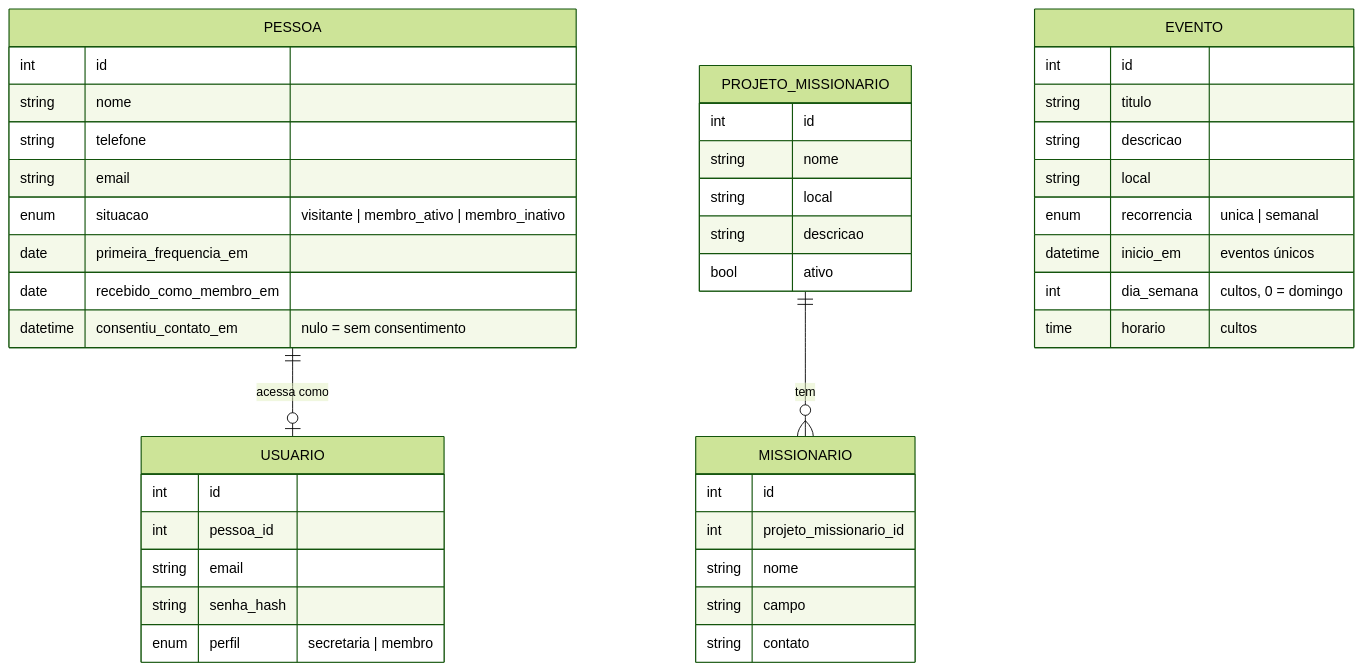
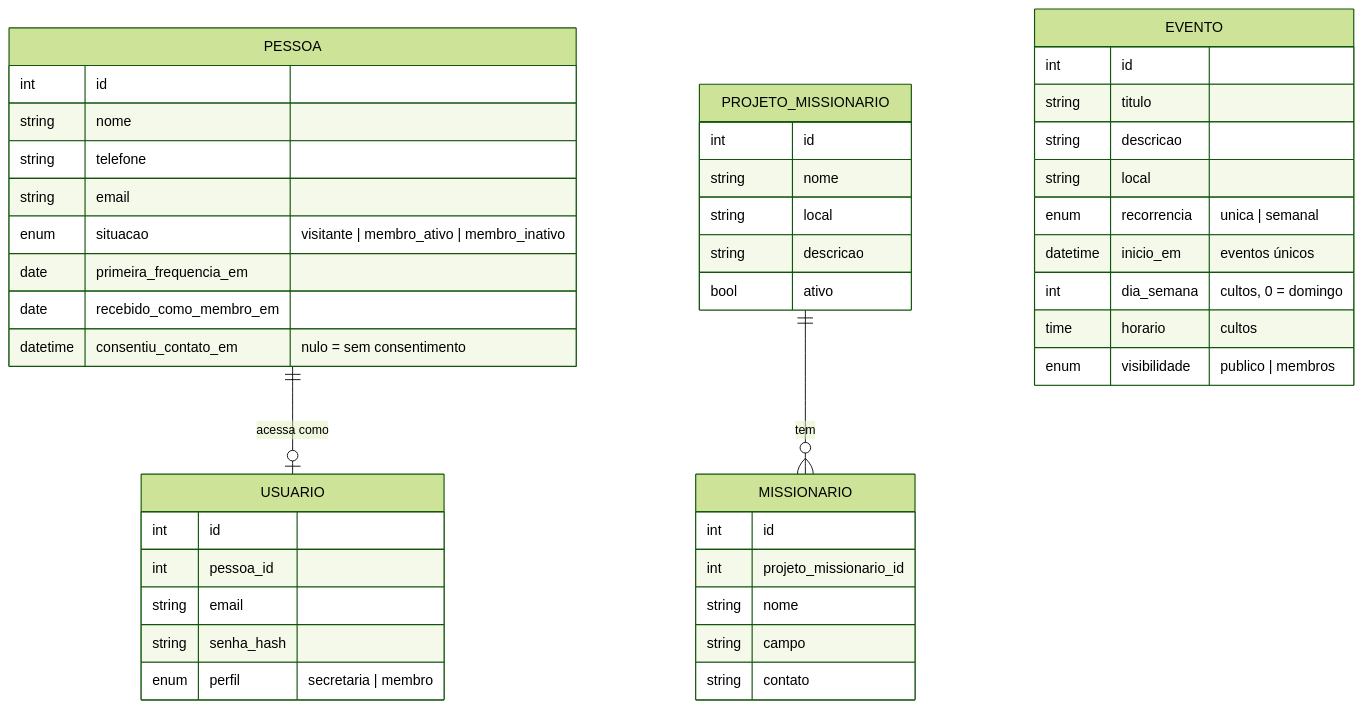
One commit to silas-batista/rebanho changed the diagram in ep2-fundamentacao-e-desenho-mvp.md. Above: the diagram before and after it, drawn with Mermaid (forest theme). The commit also changed other lines of this file and 1 other file, not shown here.

````diff
--- a/ep2-fundamentacao-e-desenho-mvp.md
+++ b/ep2-fundamentacao-e-desenho-mvp.md
@@ -106,47 +106,48 @@
 ```mermaid
 erDiagram
   PESSOA ||--o| USUARIO : "acessa como"
   PROJETO_MISSIONARIO ||--o{ MISSIONARIO : "tem"
 
   PESSOA {
     int id
     string nome
     string telefone
     string email
     enum situacao "visitante | membro_ativo | membro_inativo"
     date primeira_frequencia_em
     date recebido_como_membro_em
     datetime consentiu_contato_em "nulo = sem consentimento"
   }
   USUARIO {
     int id
     int pessoa_id
     string email
     string senha_hash
     enum perfil "secretaria | membro"
   }
   EVENTO {
     int id
     string titulo
     string descricao
     string local
     enum recorrencia "unica | semanal"
     datetime inicio_em "eventos únicos"
     int dia_semana "cultos, 0 = domingo"
     time horario "cultos"
+    enum visibilidade "publico | membros"
   }
   PROJETO_MISSIONARIO {
     int id
     string nome
     string local
     string descricao
     bool ativo
   }
   MISSIONARIO {
     int id
     int projeto_missionario_id
     string nome
     string campo
     string contato
   }
 ```
````
